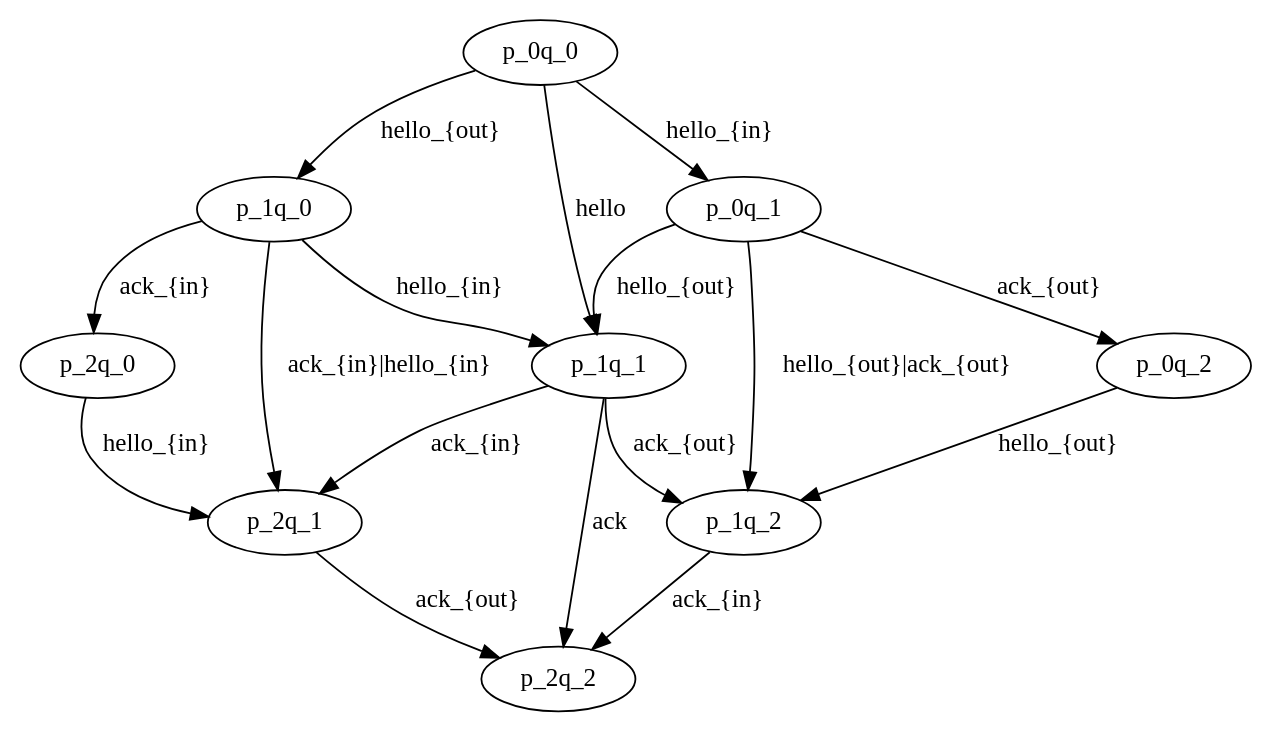
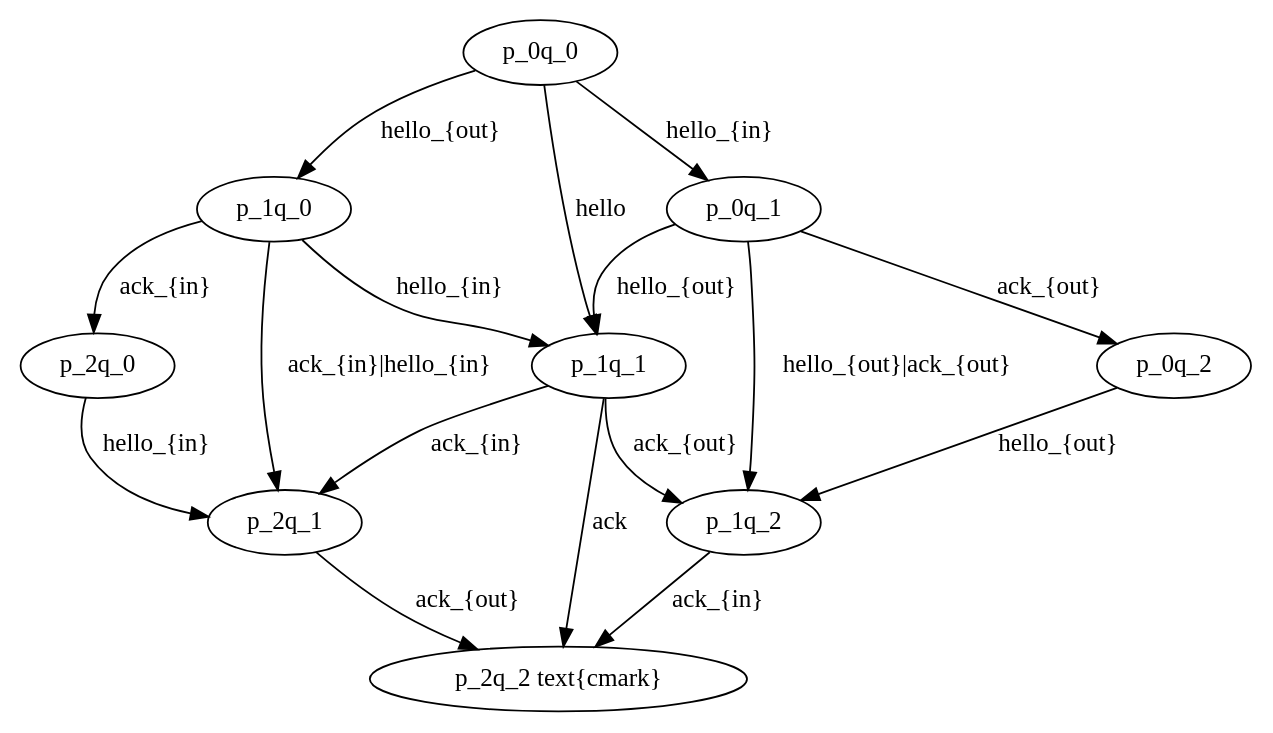
The diagram in doc/dot/CommunicationOperator/Communicate.dot (hhassan1/ConcurrentSystemsTFG), drawn with Graphviz before and after one commit. The commit also changed 76 other files, not shown here.

```diff
--- a/doc/dot/CommunicationOperator/Communicate.dot
+++ b/doc/dot/CommunicationOperator/Communicate.dot
@@ -1,22 +1,23 @@
 digraph LTSCommunicate {
     {ratio=compress}
     p_0q_0 -> p_1q_0 [label="hello_{out}"];
     p_0q_0 -> p_1q_1 [label="hello"];
     p_0q_0 -> p_0q_1 [label="hello_{in}"];
     p_0q_1 -> p_1q_1 [label="hello_{out}"];
     p_0q_1 -> p_1q_2 [label="hello_{out}|ack_{out}"];
     p_0q_1 -> p_0q_2 [label="ack_{out}"];
     p_0q_2 -> p_1q_2 [label="hello_{out}"];
     p_1q_0 -> p_2q_0 [label="ack_{in}"];
     p_1q_0 -> p_2q_1 [label="ack_{in}|hello_{in}"];
     p_1q_0 -> p_1q_1 [label="hello_{in}"];
     p_1q_1 -> p_2q_1 [label="ack_{in}"];
     p_1q_1 -> p_2q_2 [label="ack"];
     p_1q_1 -> p_1q_2 [label="ack_{out}"];
     p_1q_2 -> p_2q_2 [label="ack_{in}"];
     p_2q_0 -> p_2q_1 [label="hello_{in}"];
     p_2q_1 -> p_2q_2 [label="ack_{out}"];
+    p_2q_2 [label="p_2q_2 \text{\cmark}"]
     {rank = same; p_0q_1; p_1q_0}
     {rank = same; p_2q_0; p_1q_1; p_0q_2}
     {rank = same; p_2q_1; p_1q_2}
 }
```
